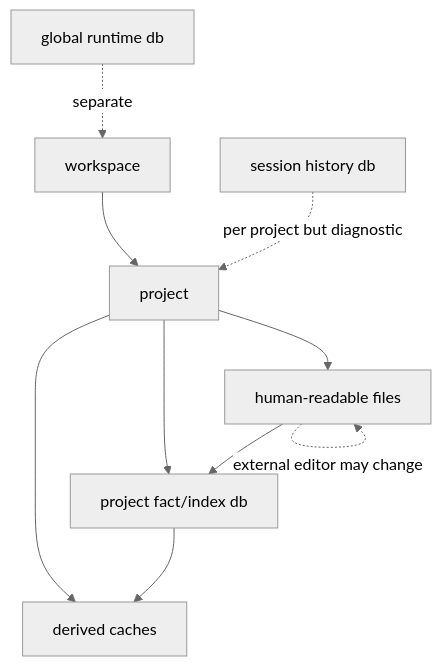
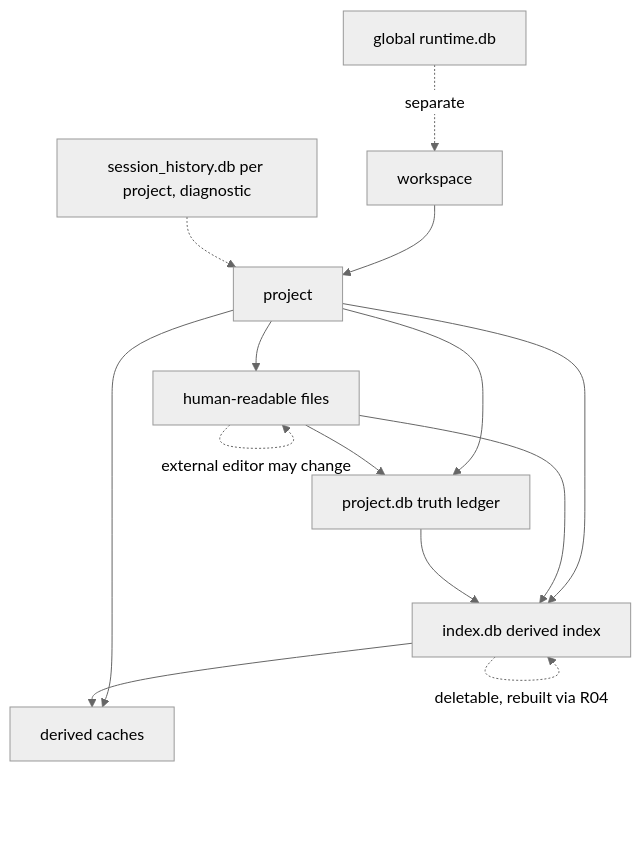
Before and after one commit to jinhuang712/open-novel: the first of 3 diagrams in spec/S01-project-storage.md, drawn with Mermaid (neutral theme). The commit also changed other lines of this file and 5 other files, not shown here.

Commit message:
docs(spec): split project.db/index.db and add save-to-queryable indexing pipeline

````diff
--- a/spec/S01-project-storage.md
+++ b/spec/S01-project-storage.md
@@ -108,14 +108,18 @@
 ```mermaid
 flowchart TB
   Workspace[workspace]
   Workspace --> ProjectA[project]
   ProjectA --> Files[human-readable files]
-  ProjectA --> ProjectDB[project fact/index db]
+  ProjectA --> FactDB[project.db truth ledger]
+  ProjectA --> IndexDB[index.db derived index]
   ProjectA --> Derived[derived caches]
-  Runtime[global runtime db] -.separate.-> Workspace
-  Session[session history db] -.per project but diagnostic.-> ProjectA
+  Runtime[global runtime.db] -.separate.-> Workspace
+  Session[session_history.db per project, diagnostic] -.-> ProjectA
 
-  Files --> ProjectDB
-  ProjectDB --> Derived
+  Files --> FactDB
+  Files --> IndexDB
+  FactDB --> IndexDB
+  IndexDB --> Derived
   Files -.external editor may change.-> Files
+  IndexDB -.deletable, rebuilt via R04.-> IndexDB
 ```
````
